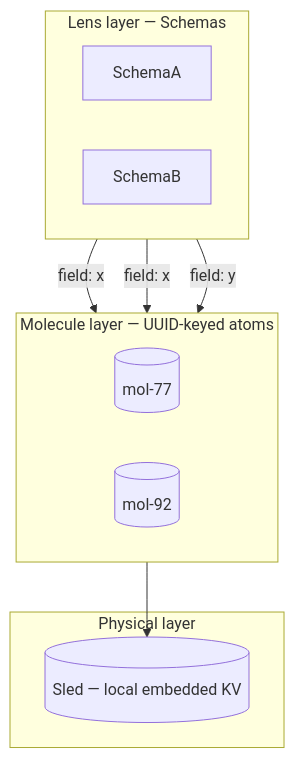
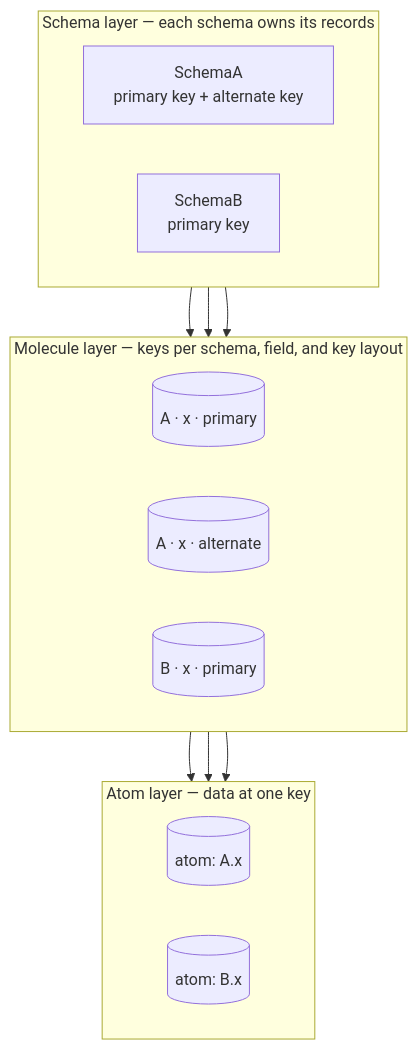
Before and after one commit to EdgeVector/edgevector-website: the first of 4 diagrams in public/docs/design/SYSTEMS_OVERVIEW.md, drawn with Mermaid. The commit also changed other lines of this file, not shown here.

Commit message:
Describe schema-owned records in the systems overview (#36)
The committed copy of SYSTEMS_OVERVIEW.md still said that two schemas
that point at one molecule see and write the same bytes. LastDB
deprecated that cross-schema value sharing in lastdb#758. Each schema
owns its record values, and a second lookup uses a named alternate key.

Sync the copy with the exemem-workspace source (exemem-workspace#292).

````diff
--- a/public/docs/design/SYSTEMS_OVERVIEW.md
+++ b/public/docs/design/SYSTEMS_OVERVIEW.md
@@ -9,20 +13,25 @@
 ```mermaid
 flowchart TB
-  subgraph lenses["Lens layer — Schemas"]
+  subgraph schemas["Schema layer — each schema owns its records"]
     direction LR
-    A["SchemaA"]
-    B["SchemaB"]
+    A["SchemaA<br/>primary key + alternate key"]
+    B["SchemaB<br/>primary key"]
   end
-  subgraph mols["Molecule layer — UUID-keyed atoms"]
+  subgraph mols["Molecule layer — keys per schema, field, and key layout"]
     direction LR
-    m77[("mol-77")]
-    m92[("mol-92")]
+    ap[("A · x · primary")]
+    aa[("A · x · alternate")]
+    bp[("B · x · primary")]
   end
-  subgraph phys["Physical layer"]
-    sled[("Sled — local embedded KV")]
+  subgraph atoms["Atom layer — data at one key"]
+    direction LR
+    a1[("atom: A.x")]
+    b1[("atom: B.x")]
   end
-  A -- "field: x" --> m77
-  B -- "field: x" --> m77
-  B -- "field: y" --> m92
-  mols --> sled
+  A --> ap
+  A --> aa
+  B --> bp
+  ap --> a1
+  aa --> a1
+  bp --> b1
 ```
````
